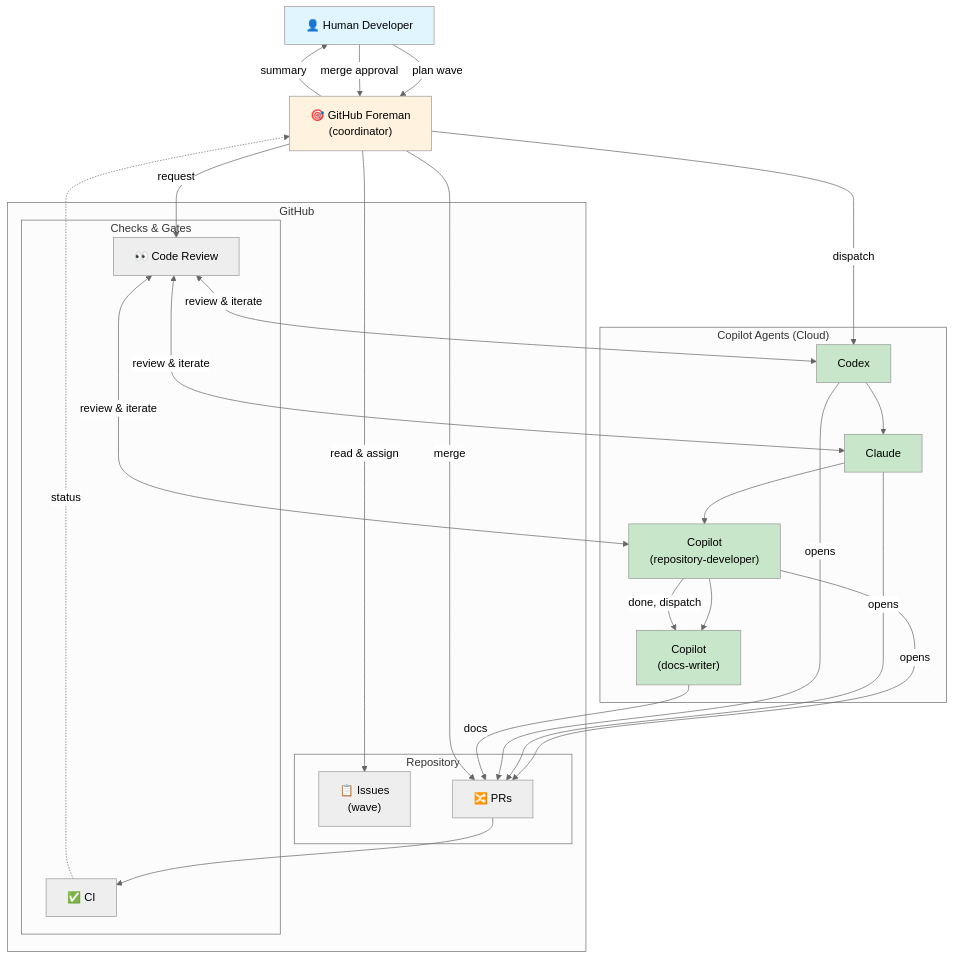
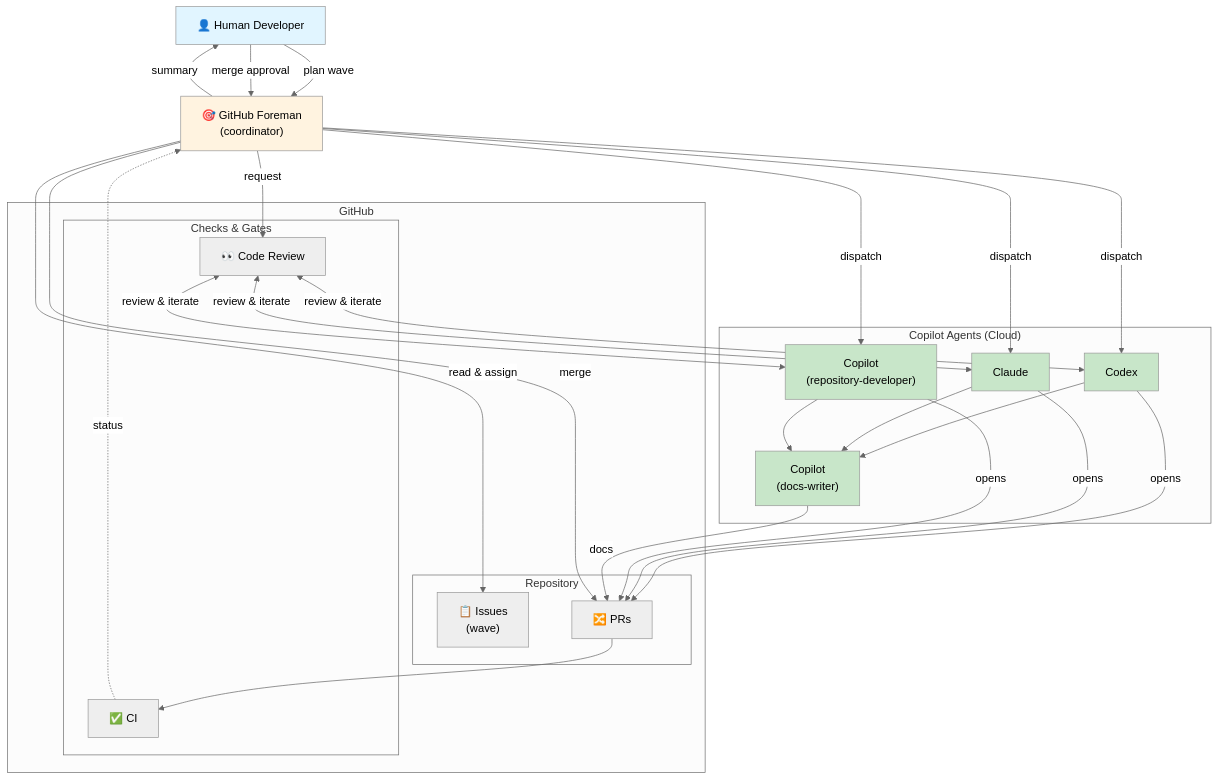
The first of 2 diagrams in README.md (ewega/github-foreman), drawn with Mermaid (neutral theme) before and after one commit.

Commit message:
Fix agent flow - show Codex/Claude/Copilot as parallel options
- Codex, Claude, and Copilot (repository-developer) are parallel dispatch OPTIONS
- All three can create PRs and interact with Code Review
- After code review, all three agents flow to docs-writer (single consolidation point)
- docs-writer then writes docs to PRs
- Cleaner: dispatch (3 options) → code review (feedback loop) → docs-writer → CI → merge

````diff
--- a/README.md
+++ b/README.md
@@ -70,54 +70,57 @@
 ```mermaid
 graph TB
     H["👤 Human Developer"]
     F["🎯 GitHub Foreman<br/>(coordinator)"]
     
     subgraph agents["Copilot Agents (Cloud)"]
         Codex["Codex"]
         Claude["Claude"]
         RD["Copilot<br/>(repository-developer)"]
         DW["Copilot<br/>(docs-writer)"]
-        Codex --> Claude --> RD --> DW
     end
     
     subgraph github["GitHub"]
         subgraph repo["Repository"]
             Issues["📋 Issues<br/>(wave)"]
             PRs["🔀 PRs"]
         end
         
         subgraph gates["Checks & Gates"]
             CodeReview["👀 Code Review"]
             CI["✅ CI"]
         end
     end
     
     H -->|"plan wave"| F
     F -->|"read & assign"| Issues
     F -->|"dispatch"| Codex
+    F -->|"dispatch"| Claude
+    F -->|"dispatch"| RD
     
+    Codex -->|"opens"| PRs
+    Claude -->|"opens"| PRs
     RD -->|"opens"| PRs
-    Claude -->|"opens"| PRs
-    Codex -->|"opens"| PRs
     
     F -->|"request"| CodeReview
+    CodeReview <-->|"review & iterate"| Codex
+    CodeReview <-->|"review & iterate"| Claude
     CodeReview <-->|"review & iterate"| RD
-    CodeReview <-->|"review & iterate"| Claude
-    CodeReview <-->|"review & iterate"| Codex
     
-    RD -->|"done, dispatch"| DW
+    Codex --> DW
+    Claude --> DW
+    RD --> DW
     DW -->|"docs"| PRs
     
     PRs --> CI
     CI -.->|"status"| F
     F -->|"summary"| H
     H -->|"merge approval"| F
     F -->|"merge"| PRs
     
     style H fill:#e1f5ff
     style F fill:#fff3e0
     style Codex fill:#c8e6c9
     style Claude fill:#c8e6c9
     style RD fill:#c8e6c9
     style DW fill:#c8e6c9
 ```
````
